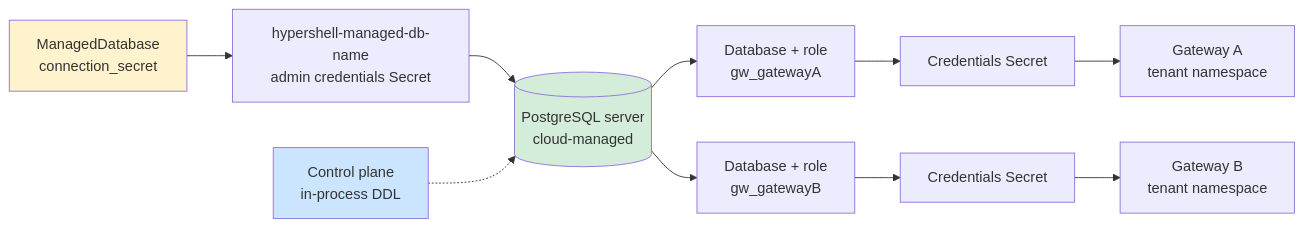
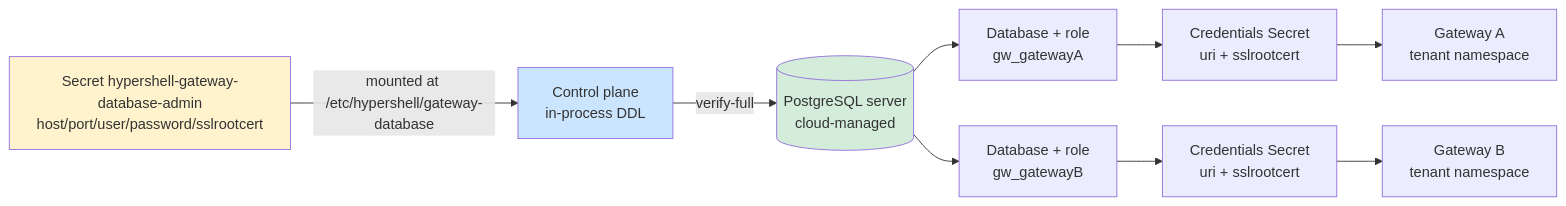
One commit to jonmosco/hypershell changed the first of 2 diagrams in docs/architecture/source/data-plane.md. Above: the diagram before and after it, drawn with Mermaid. The commit also changed other lines of this file and 224 other files, not shown here.

````diff
--- a/docs/architecture/source/data-plane.md
+++ b/docs/architecture/source/data-plane.md
@@ -9,15 +9,15 @@
 ```mermaid
 graph LR
-  MD[ManagedDatabase<br/>connection_secret] --> NS[hypershell-managed-db-name<br/>admin credentials Secret]
-  NS --> C[(PostgreSQL server<br/>cloud-managed)]
+  MD[Secret hypershell-gateway-database-admin<br/>host/port/user/password/sslrootcert] -->|mounted at /etc/hypershell/gateway-database| CP
+  CP -->|verify-full| C[(PostgreSQL server<br/>cloud-managed)]
   C --> R1[Database + role<br/>gw_gatewayA]
   C --> R2[Database + role<br/>gw_gatewayB]
-  R1 --> S1[Credentials Secret]
-  R2 --> S2[Credentials Secret]
+  R1 --> S1[Credentials Secret<br/>uri + sslrootcert]
+  R2 --> S2[Credentials Secret<br/>uri + sslrootcert]
   S1 --> GA[Gateway A<br/>tenant namespace]
   S2 --> GB[Gateway B<br/>tenant namespace]
-  CP[Control plane<br/>in-process DDL] -.-> C
+  CP[Control plane<br/>in-process DDL]
   style MD fill:#fff3cd
   style C fill:#d4edda
   style CP fill:#cce5ff
 ```
````
